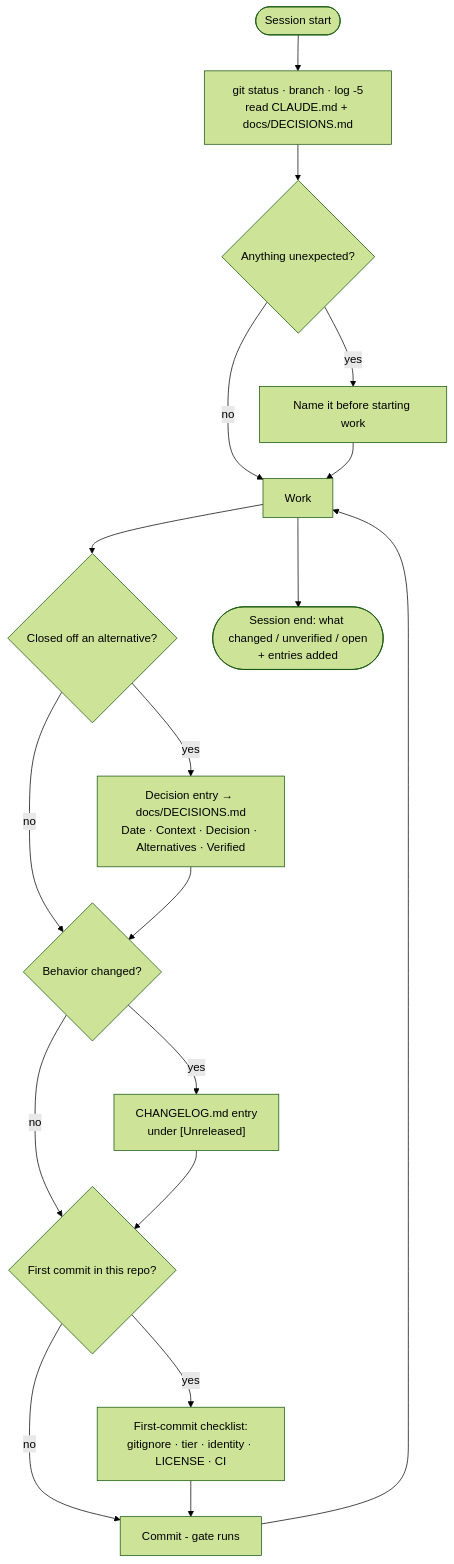
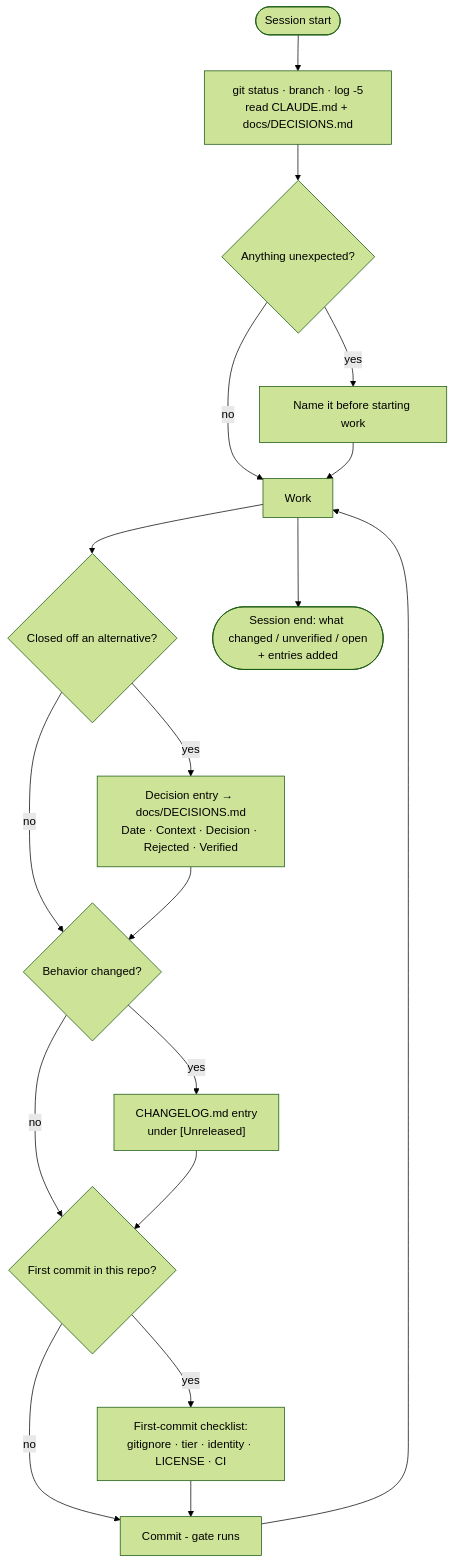
The diagram in claude/dev-CLAUDE.md (pieteradejong/dotfiles), drawn with Mermaid (forest theme) before and after one commit. The commit also changed other lines of this file and 19 other files, not shown here.

````diff
--- a/claude/dev-CLAUDE.md
+++ b/claude/dev-CLAUDE.md
@@ -81,20 +84,20 @@
 ```mermaid
 flowchart TD
     S([Session start]) --> O["git status · branch · log -5<br/>read CLAUDE.md + docs/DECISIONS.md"]
     O --> N{Anything unexpected?}
     N -- yes --> R[Name it before starting work]
     N -- no --> W[Work]
     R --> W
     W --> D{Closed off an alternative?}
-    D -- yes --> L["Decision entry → docs/DECISIONS.md<br/>Date · Context · Decision · Alternatives · Verified"]
+    D -- yes --> L["Decision entry → docs/DECISIONS.md<br/>Date · Context · Decision · Rejected · Verified"]
     D -- no --> B{Behavior changed?}
     L --> B
     B -- yes --> CH["CHANGELOG.md entry<br/>under [Unreleased]"]
     B -- no --> C{First commit in this repo?}
     CH --> C
     C -- yes --> G["First-commit checklist:<br/>gitignore · tier · identity · LICENSE · CI"]
     C -- no --> K[Commit - gate runs]
     G --> K
     K --> W
     W --> E(["Session end: what changed / unverified / open<br/>+ entries added"])
 ```
````
